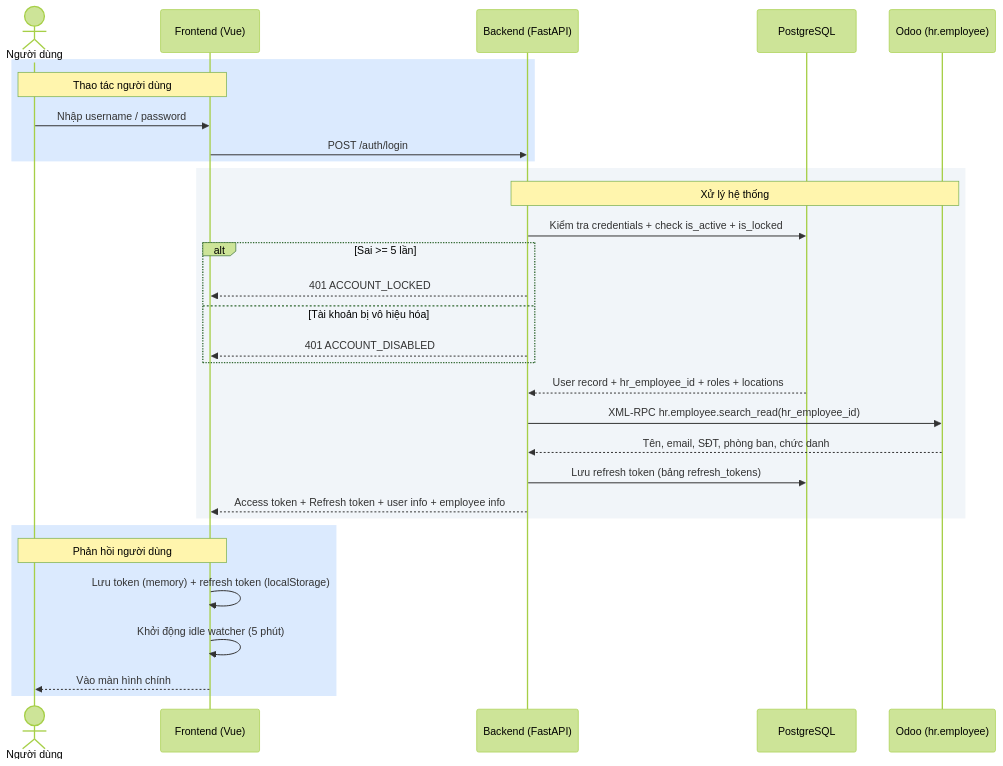
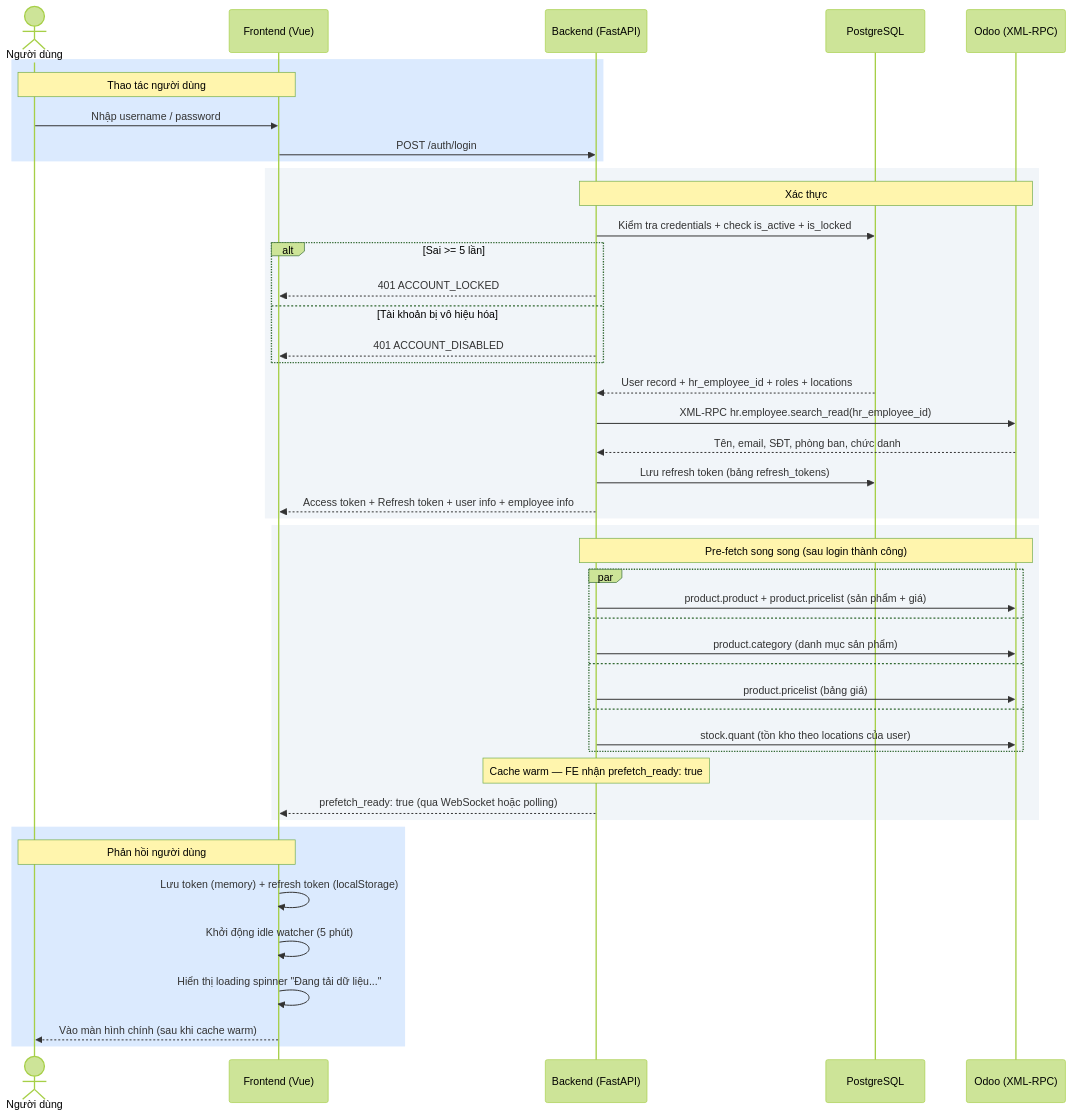
Before and after one commit to ngohuuduc/VJ_mobile_POS: the seventh of 18 diagrams in process_flow.md, drawn with Mermaid (forest theme). The commit also changed other lines of this file and 1 other file, not shown here.

Commit message:
Update process flow and scope documents: increment version, update last modified date, and enhance cache strategy with pre-fetch details

````diff
--- a/process_flow.md
+++ b/process_flow.md
@@ -290,34 +290,49 @@
 ```mermaid
 sequenceDiagram
     actor User as Người dùng
     participant FE as Frontend (Vue)
     participant BE as Backend (FastAPI)
     participant DB as PostgreSQL
-    participant Odoo as Odoo (hr.employee)
+    participant Odoo as Odoo (XML-RPC)
 
     rect rgb(219, 234, 254)
         Note over User,FE: Thao tác người dùng
         User->>FE: Nhập username / password
         FE->>BE: POST /auth/login
     end
     rect rgb(241, 245, 249)
-        Note over BE,Odoo: Xử lý hệ thống
+        Note over BE,Odoo: Xác thực
         BE->>DB: Kiểm tra credentials + check is_active + is_locked
         alt Sai >= 5 lần
             BE-->>FE: 401 ACCOUNT_LOCKED
         else Tài khoản bị vô hiệu hóa
             BE-->>FE: 401 ACCOUNT_DISABLED
         end
         DB-->>BE: User record + hr_employee_id + roles + locations
         BE->>Odoo: XML-RPC hr.employee.search_read(hr_employee_id)
         Odoo-->>BE: Tên, email, SĐT, phòng ban, chức danh
         BE->>DB: Lưu refresh token (bảng refresh_tokens)
         BE-->>FE: Access token + Refresh token + user info + employee info
     end
+    rect rgb(241, 245, 249)
+        Note over BE,Odoo: Pre-fetch song song (sau login thành công)
+        par
+            BE->>Odoo: product.product + product.pricelist (sản phẩm + giá)
+        and
+            BE->>Odoo: product.category (danh mục sản phẩm)
+        and
+            BE->>Odoo: product.pricelist (bảng giá)
+        and
+            BE->>Odoo: stock.quant (tồn kho theo locations của user)
+        end
+        Note over BE: Cache warm — FE nhận prefetch_ready: true
+        BE-->>FE: prefetch_ready: true (qua WebSocket hoặc polling)
+    end
     rect rgb(219, 234, 254)
         Note over FE,User: Phản hồi người dùng
         FE->>FE: Lưu token (memory) + refresh token (localStorage)
         FE->>FE: Khởi động idle watcher (5 phút)
-        FE-->>User: Vào màn hình chính
+        FE->>FE: Hiển thị loading spinner "Đang tải dữ liệu..."
+        FE-->>User: Vào màn hình chính (sau khi cache warm)
     end
 ```
````
